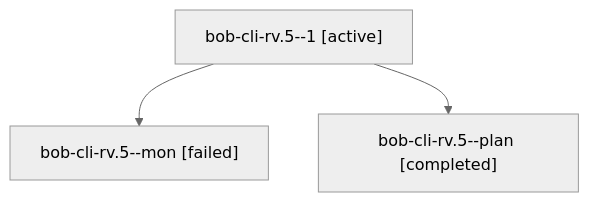
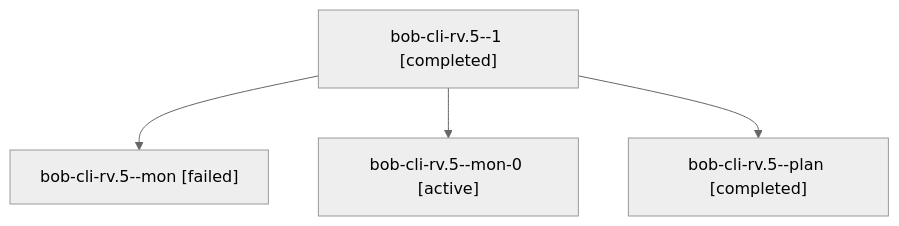
The diagram in sessions/bbugyi200.athena.bob-cli-rv.5.md (bobs-org/bob-cli--agents), drawn with Mermaid (neutral theme) before and after one commit. The commit also changed other lines of this file and 45 other files, not shown here.

````diff
--- a/sessions/bbugyi200.athena.bob-cli-rv.5.md
+++ b/sessions/bbugyi200.athena.bob-cli-rv.5.md
@@ -9,8 +9,10 @@
 ```mermaid
 flowchart TD
-  n0["bob-cli-rv.5--1 [active]"]
+  n0["bob-cli-rv.5--1 [completed]"]
   n1["bob-cli-rv.5--mon [failed]"]
   n0 --> n1
-  n2["bob-cli-rv.5--plan [completed]"]
+  n2["bob-cli-rv.5--mon-0 [active]"]
   n0 --> n2
+  n3["bob-cli-rv.5--plan [completed]"]
+  n0 --> n3
 ```
````
